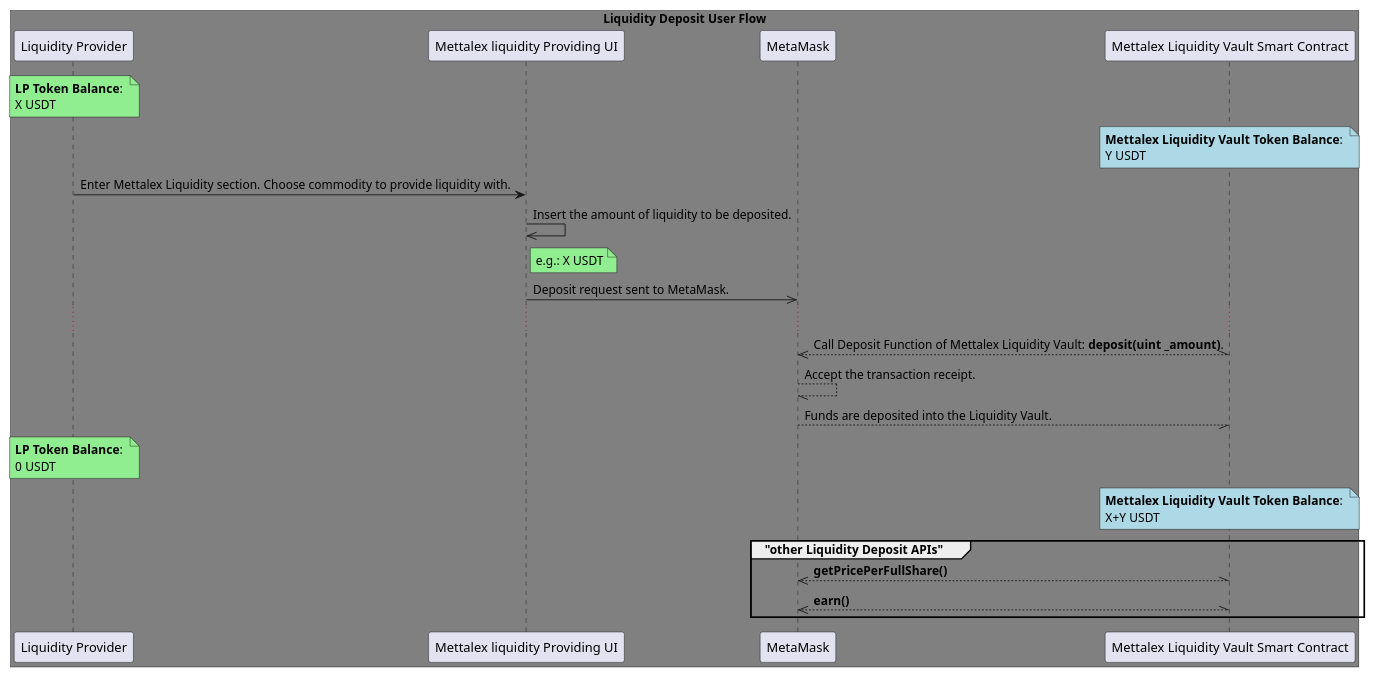
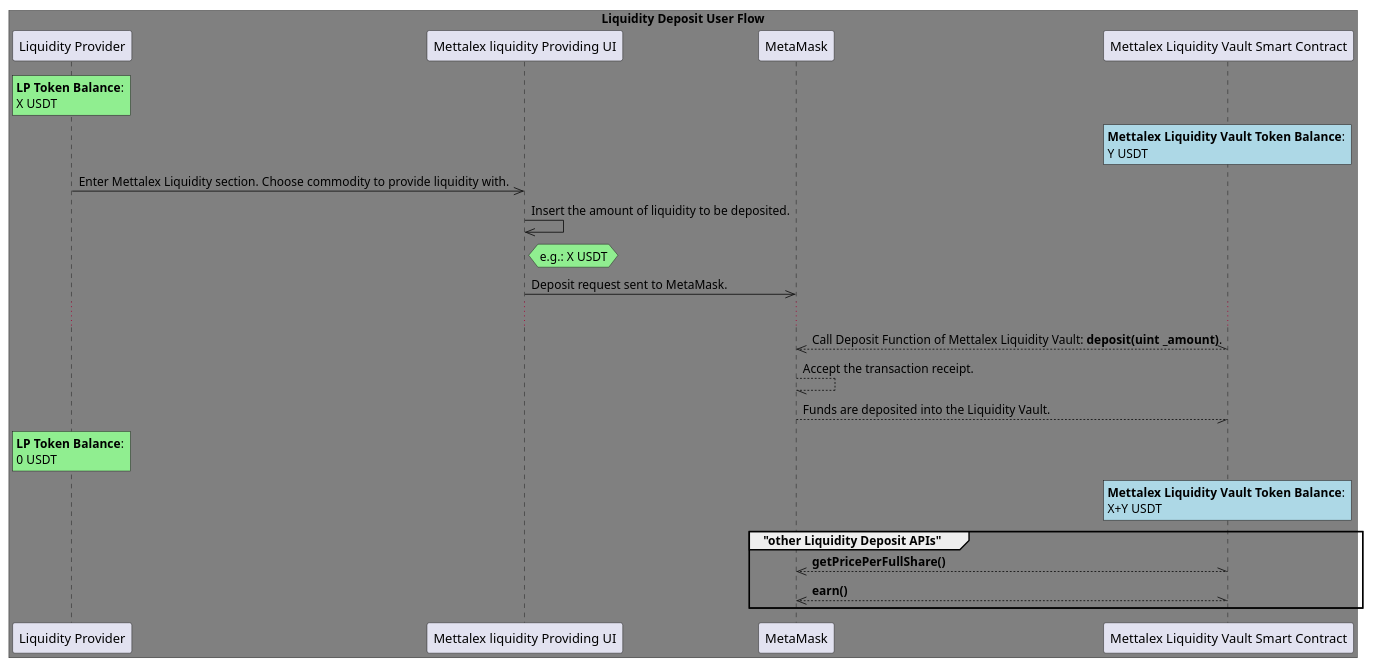
One commit to fetchai/mettalex-documentation changed the diagram in PlantUML and png diagrams/Deposit APIs.puml. Above: the diagram before and after it, drawn with PlantUML. The commit also changed 9 other files, not shown here.

Commit message:
PlantUML Diagrams

```diff
--- a/PlantUML and png diagrams/Deposit APIs.puml
+++ b/PlantUML and png diagrams/Deposit APIs.puml
@@ -1,35 +1,35 @@
 @startuml
 
 box "Liquidity Deposit User Flow" #grey
 participant "Liquidity Provider" as LP
 participant "Mettalex liquidity Providing UI" as LPUI
 participant "MetaMask" as MM
 participant "Mettalex Liquidity Vault Smart Contract" as LVSM
 
 end box
 
-note over LP #lightgreen: **LP Token Balance**: \nX USDT
-note over LVSM #lightblue: **Mettalex Liquidity Vault Token Balance**: \nY USDT
+rnote over LP #lightgreen: **LP Token Balance**: \nX USDT
+rnote over LVSM #lightblue: **Mettalex Liquidity Vault Token Balance**: \nY USDT
 
-LP -> LPUI: Enter Mettalex Liquidity section. Choose commodity to provide liquidity with.
+LP ->> LPUI: Enter Mettalex Liquidity section. Choose commodity to provide liquidity with.
 LPUI ->> LPUI: Insert the amount of liquidity to be deposited.
 
-note right of LPUI #lightgreen: e.g.: X USDT
+hnote right of LPUI #lightgreen: e.g.: X USDT
 
 LPUI ->> MM: Deposit request sent to MetaMask.
 ...
 MM //--\\ LVSM: Call Deposit Function of Mettalex Liquidity Vault: **deposit(uint _amount)**.
 MM --// MM: Accept the transaction receipt.
 MM --// LVSM:  Funds are deposited into the Liquidity Vault.
 
-note over LP #lightgreen: **LP Token Balance**: \n0 USDT
-note over LVSM #lightblue: **Mettalex Liquidity Vault Token Balance**: \nX+Y USDT
+rnote over LP #lightgreen: **LP Token Balance**: \n0 USDT
+rnote over LVSM #lightblue: **Mettalex Liquidity Vault Token Balance**: \nX+Y USDT
 
 group "other Liquidity Deposit APIs"
 MM //--\\ LVSM: **getPricePerFullShare()**
 MM //--\\ LVSM: **earn()**
 
 end group
 
 
 @enduml
```
